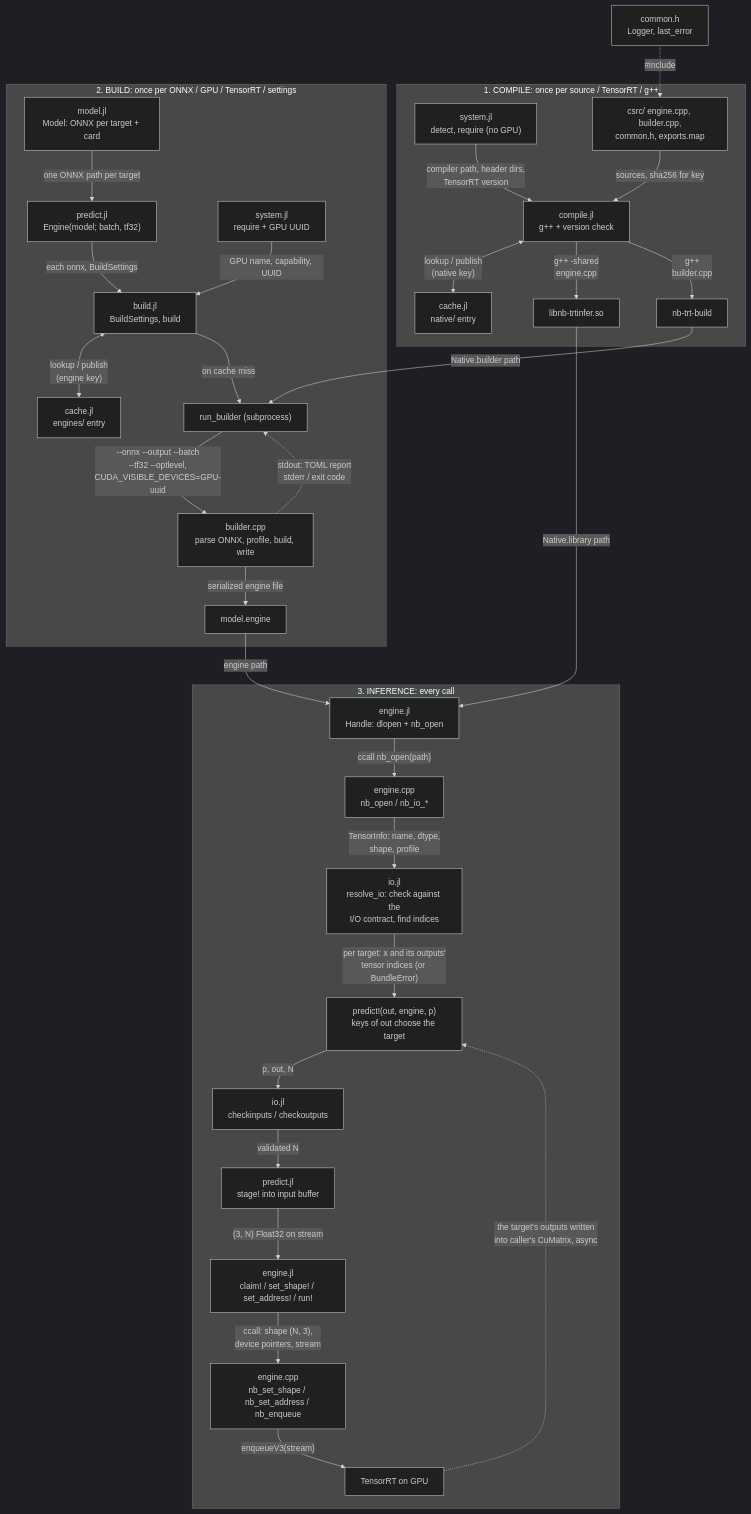
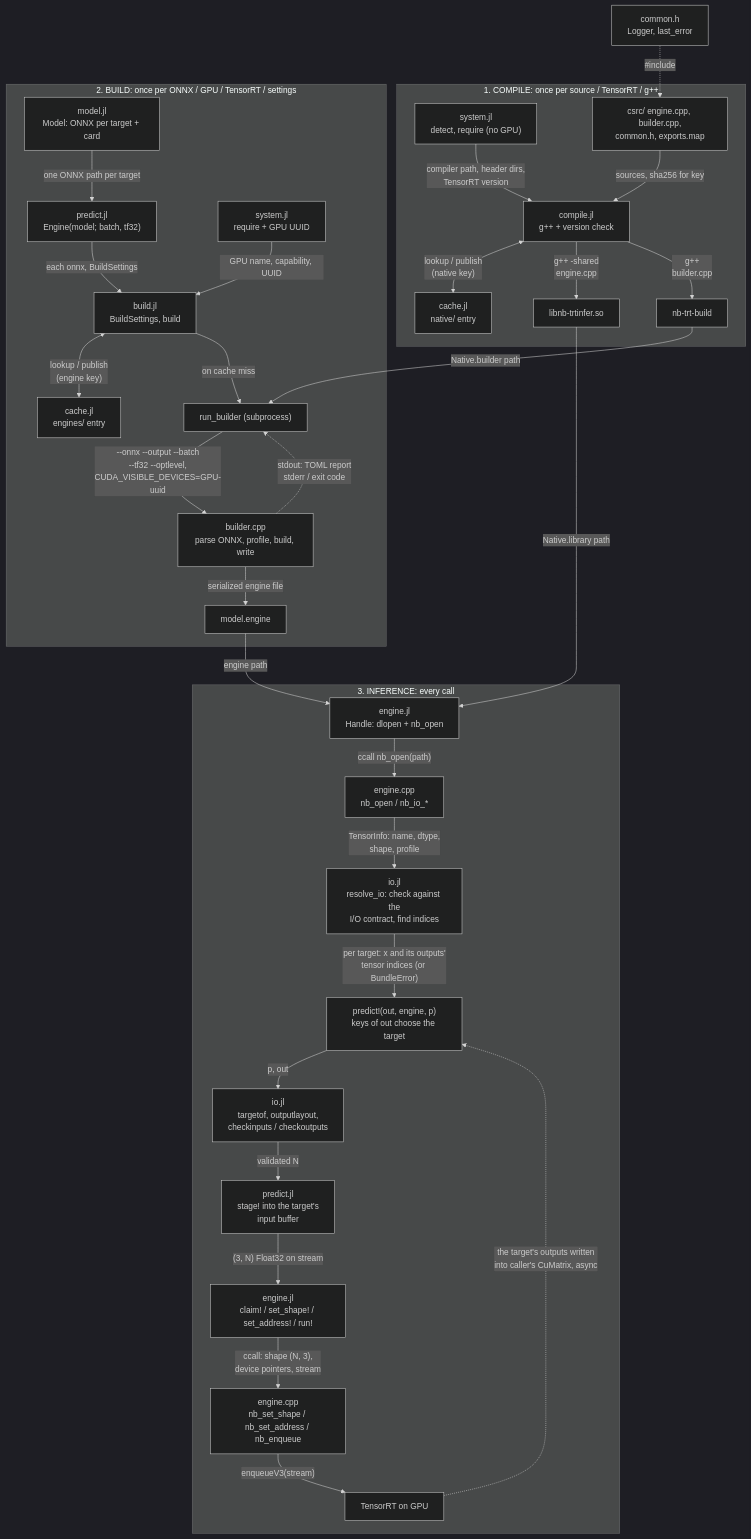
One commit to NLeSC-COMPAS/NeuralBloch.jl changed the third of 3 diagrams in architecture.md. Above: the diagram before and after it, drawn with Mermaid (dark theme). The commit also changed other lines of this file and 1 other file, not shown here.

First line of the commit message:
docs: architecture.md and README follow the three-engine branch

````diff
--- a/architecture.md
+++ b/architecture.md
@@ -108,38 +108,38 @@
 ```mermaid
 flowchart TD
     subgraph P1["1. COMPILE: once per source / TensorRT / g++"]
         SYS1["system.jl<br/>detect, require (no GPU)"] -->|"compiler path, header dirs,<br/>TensorRT version"| CMP
         CS["csrc/ engine.cpp, builder.cpp,<br/>common.h, exports.map"] -->|"sources, sha256 for key"| CMP["compile.jl<br/>g++ + version check"]
         CMP <-->|"lookup / publish<br/>(native key)"| CA1["cache.jl<br/>native/ entry"]
         CMP -->|"g++ -shared<br/>engine.cpp"| LIB["libnb-trtinfer.so"]
         CMP -->|"g++<br/>builder.cpp"| EXE["nb-trt-build"]
     end
 
     subgraph P2["2. BUILD: once per ONNX / GPU / TensorRT / settings"]
         MOD["model.jl<br/>Model: ONNX per target + card"] -->|"one ONNX path per target"| ENG1
         ENG1["predict.jl<br/>Engine(model; batch, tf32)"] -->|"each onnx, BuildSettings"| BLD["build.jl<br/>BuildSettings, build"]
         SYS2["system.jl<br/>require + GPU UUID"] -->|"GPU name, capability, UUID"| BLD
         BLD <-->|"lookup / publish<br/>(engine key)"| CA2["cache.jl<br/>engines/ entry"]
         BLD -->|"on cache miss"| RUN["run_builder (subprocess)"]
         EXE -->|"Native.builder path"| RUN
         RUN -->|"--onnx --output --batch<br/>--tf32 --optlevel,<br/>CUDA_VISIBLE_DEVICES=GPU-uuid"| BC["builder.cpp<br/>parse ONNX, profile, build, write"]
         BC -->|"serialized engine file"| PLAN["model.engine"]
         BC -.->|"stdout: TOML report<br/>stderr / exit code"| RUN
     end
 
     subgraph P3["3. INFERENCE: every call"]
         HND["engine.jl<br/>Handle: dlopen + nb_open"] -->|"ccall nb_open(path)"| EC["engine.cpp<br/>nb_open / nb_io_*"]
         EC -->|"TensorInfo: name, dtype,<br/>shape, profile"| BIND["io.jl<br/>resolve_io: check against the<br/>I/O contract, find indices"]
         BIND -->|"per target: x and its outputs'<br/>tensor indices (or BundleError)"| PRED["predict!(out, engine, p)<br/>keys of out choose the target"]
-        PRED -->|"p, out, N"| CHK["io.jl<br/>checkinputs / checkoutputs"]
-        CHK -->|"validated N"| STG["predict.jl<br/>stage! into input buffer"]
+        PRED -->|"p, out"| CHK["io.jl<br/>targetof, outputlayout,<br/>checkinputs / checkoutputs"]
+        CHK -->|"validated N"| STG["predict.jl<br/>stage! into the target's<br/>input buffer"]
         STG -->|"(3, N) Float32 on stream"| CALL["engine.jl<br/>claim! / set_shape! / set_address! / run!"]
         CALL -->|"ccall: shape (N, 3),<br/>device pointers, stream"| EC2["engine.cpp<br/>nb_set_shape / nb_set_address / nb_enqueue"]
         EC2 -->|"enqueueV3(stream)"| GPU["TensorRT on GPU"]
         GPU -.->|"the target's outputs written<br/>into caller's CuMatrix, async"| PRED
     end
 
     CH["common.h<br/>Logger, last_error"] -.->|"#include"| CS
     LIB -->|"Native.library path"| HND
     PLAN -->|"engine path"| HND
 ```
````
